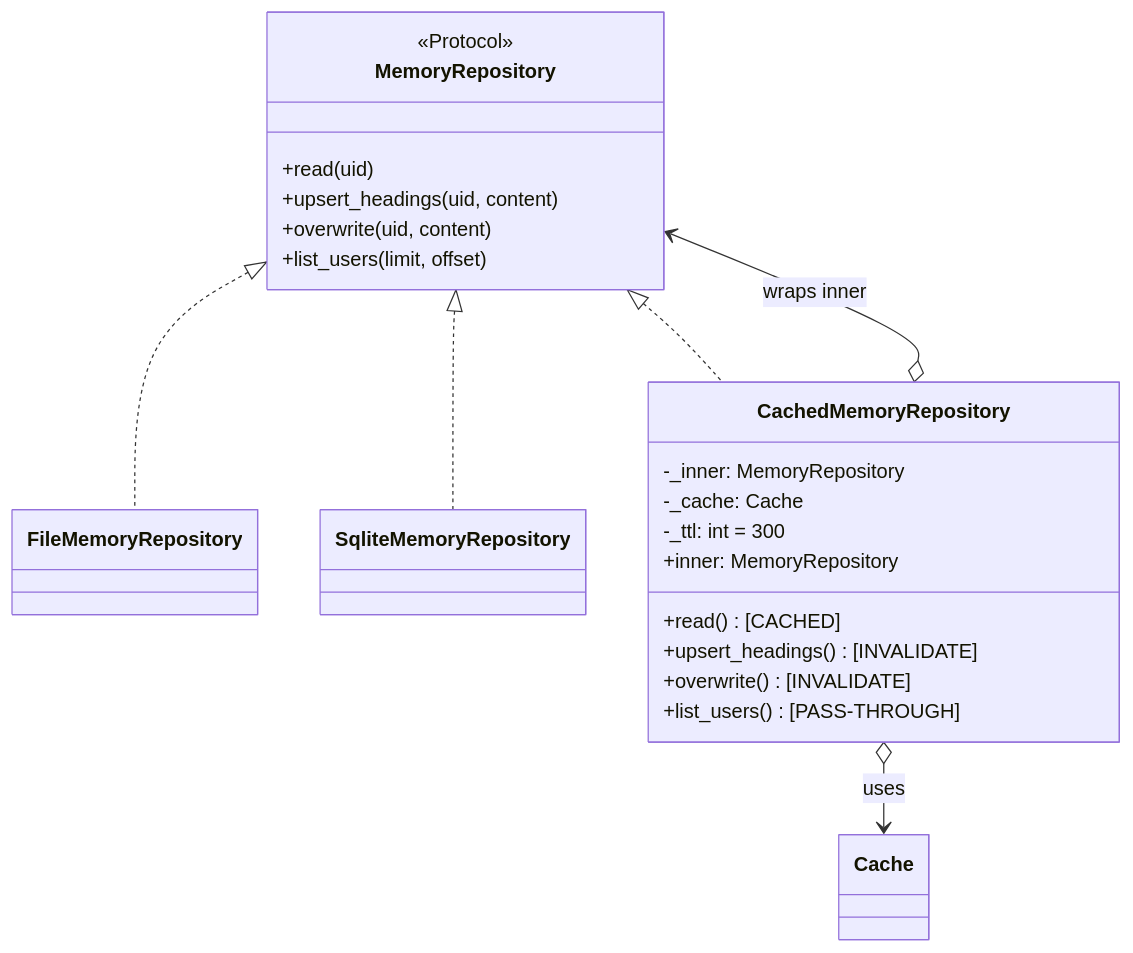
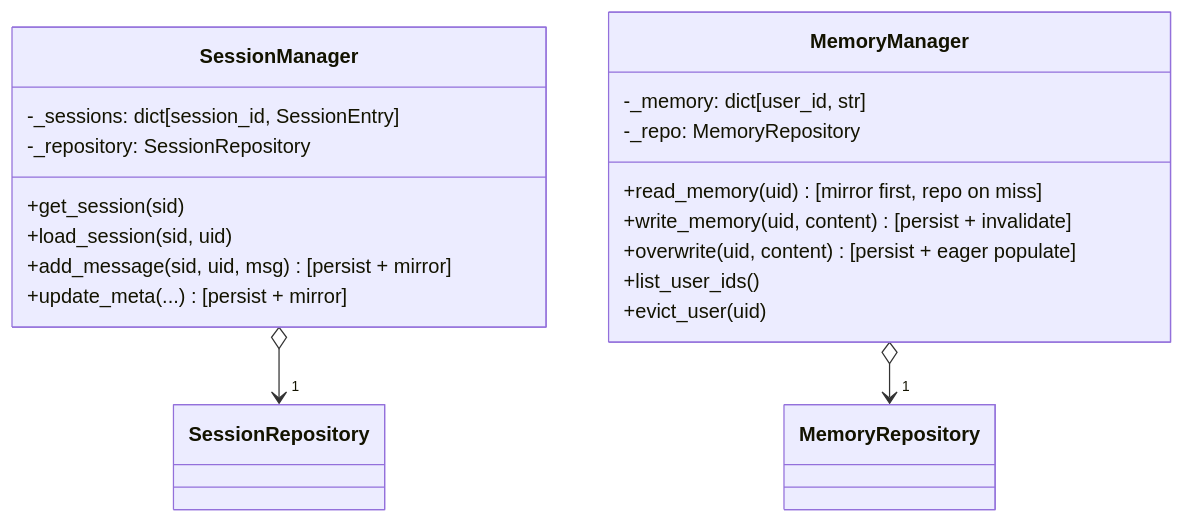
One commit to YU-JI-KUI/ark-agentic changed the seventh of 13 diagrams in docs/architecture-c4.md. Above: the diagram before and after it, drawn with Mermaid. The commit also changed other lines of this file, not shown here.

First line of the commit message:
docs: refresh C4 diagrams for cache removal + per-feature DeclarativeBase

````diff
--- a/docs/architecture-c4.md
+++ b/docs/architecture-c4.md
@@ -434,30 +343,24 @@
 ```mermaid
 classDiagram
-    class MemoryRepository {
-        <<Protocol>>
-        +read(uid)
-        +upsert_headings(uid, content)
-        +overwrite(uid, content)
-        +list_users(limit, offset)
+    class SessionManager {
+        -_sessions: dict[session_id, SessionEntry]
+        -_repository: SessionRepository
+        +get_session(sid)
+        +load_session(sid, uid)
+        +add_message(sid, uid, msg) [persist + mirror]
+        +update_meta(...) [persist + mirror]
     }
 
-    class FileMemoryRepository
-    class SqliteMemoryRepository
-
-    class CachedMemoryRepository {
-        -_inner: MemoryRepository
-        -_cache: Cache
-        -_ttl: int = 300
-        +inner: MemoryRepository
-        +read() [CACHED]
-        +upsert_headings() [INVALIDATE]
-        +overwrite() [INVALIDATE]
-        +list_users() [PASS-THROUGH]
+    class MemoryManager {
+        -_memory: dict[user_id, str]
+        -_repo: MemoryRepository
+        +read_memory(uid) [mirror first, repo on miss]
+        +write_memory(uid, content) [persist + invalidate]
+        +overwrite(uid, content) [persist + eager populate]
+        +list_user_ids()
+        +evict_user(uid)
     }
 
-    MemoryRepository <|.. FileMemoryRepository
-    MemoryRepository <|.. SqliteMemoryRepository
-    MemoryRepository <|.. CachedMemoryRepository
-    CachedMemoryRepository o--> MemoryRepository : wraps inner
-    CachedMemoryRepository o--> Cache : uses
+    SessionManager o--> "1" SessionRepository
+    MemoryManager o--> "1" MemoryRepository
 ```
````
